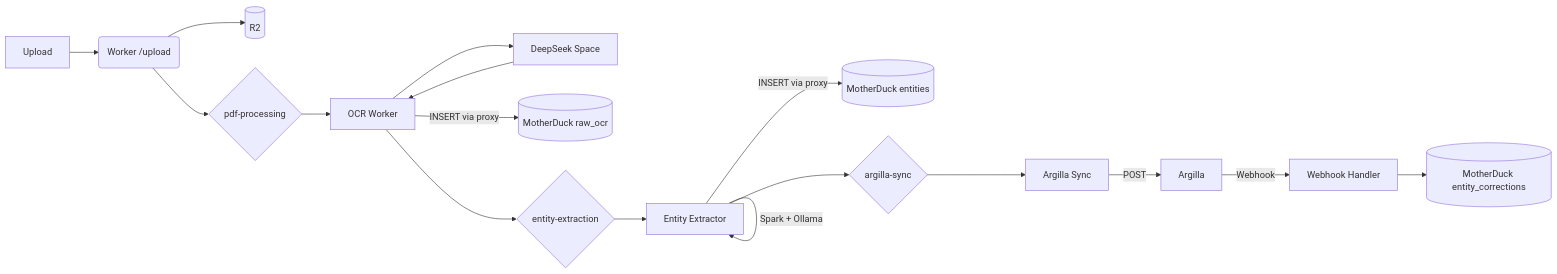
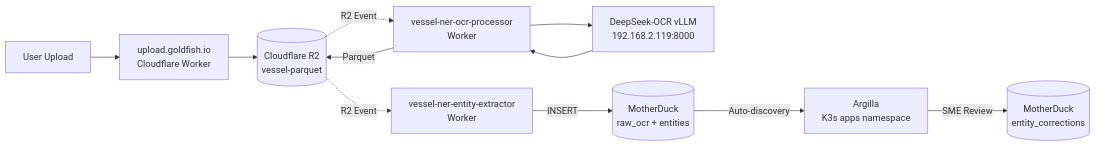
Before and after one commit to goldfish-inc/deepseek-ocr-vllm: the second of 2 diagrams in docs/operations/overview.md, drawn with Mermaid. The commit also changed other lines of this file, not shown here.

First line of the commit message:
docs(operations): update overview for Argilla + MotherDuck pipeline

````diff
--- a/docs/operations/overview.md
+++ b/docs/operations/overview.md
@@ -224,19 +276,13 @@
 ```mermaid
 flowchart LR
-  U[Upload] --> W(Worker /upload)
-  W --> R2[(R2)]
-  W --> Q1{pdf-processing}
-  Q1 --> OCR[OCR Worker]
-  OCR --> DS[DeepSeek Space]
-  DS --> OCR
-  OCR -->|INSERT via proxy| MD[(MotherDuck raw_ocr)]
-  OCR --> Q2{entity-extraction}
-  Q2 --> NER[Entity Extractor]
-  NER -->|Spark + Ollama| NER
-  NER -->|INSERT via proxy| MD2[(MotherDuck entities)]
-  NER --> Q3{argilla-sync}
-  Q3 --> SYNC[Argilla Sync]
-  SYNC -->|POST| ARG[Argilla]
-  ARG -->|Webhook| WEBH[Webhook Handler]
-  WEBH --> MDC[(MotherDuck entity_corrections)]
+  U[User Upload] --> UPLOAD[upload.goldfish.io<br/>Cloudflare Worker]
+  UPLOAD --> R2[(Cloudflare R2<br/>vessel-parquet)]
+  R2 -.R2 Event.-> OCR[vessel-ner-ocr-processor<br/>Worker]
+  OCR --> VLLM[DeepSeek-OCR vLLM<br/>192.168.2.119:8000]
+  VLLM --> OCR
+  OCR -->|Parquet| R2
+  R2 -.R2 Event.-> ENTITY[vessel-ner-entity-extractor<br/>Worker]
+  ENTITY -->|INSERT| MD[(MotherDuck<br/>raw_ocr + entities)]
+  MD -->|Auto-discovery| ARG[Argilla<br/>K3s apps namespace]
+  ARG -->|SME Review| MD2[(MotherDuck<br/>entity_corrections)]
 ```
````
